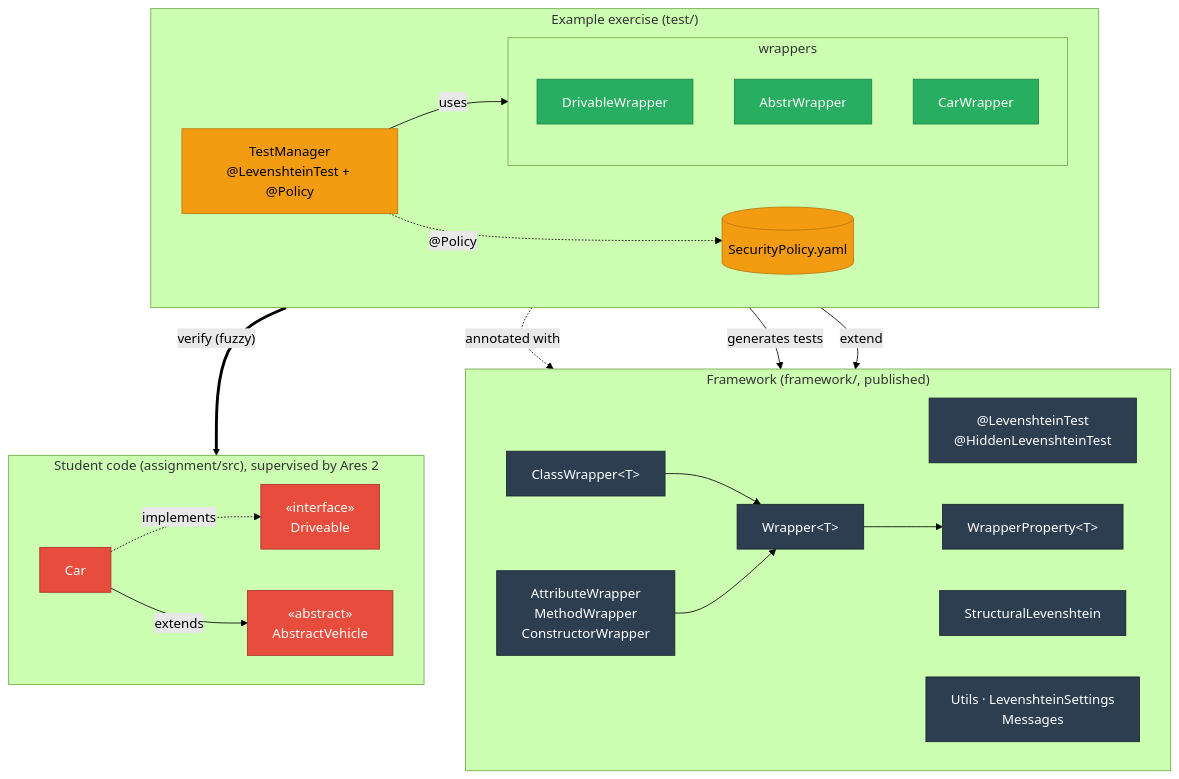
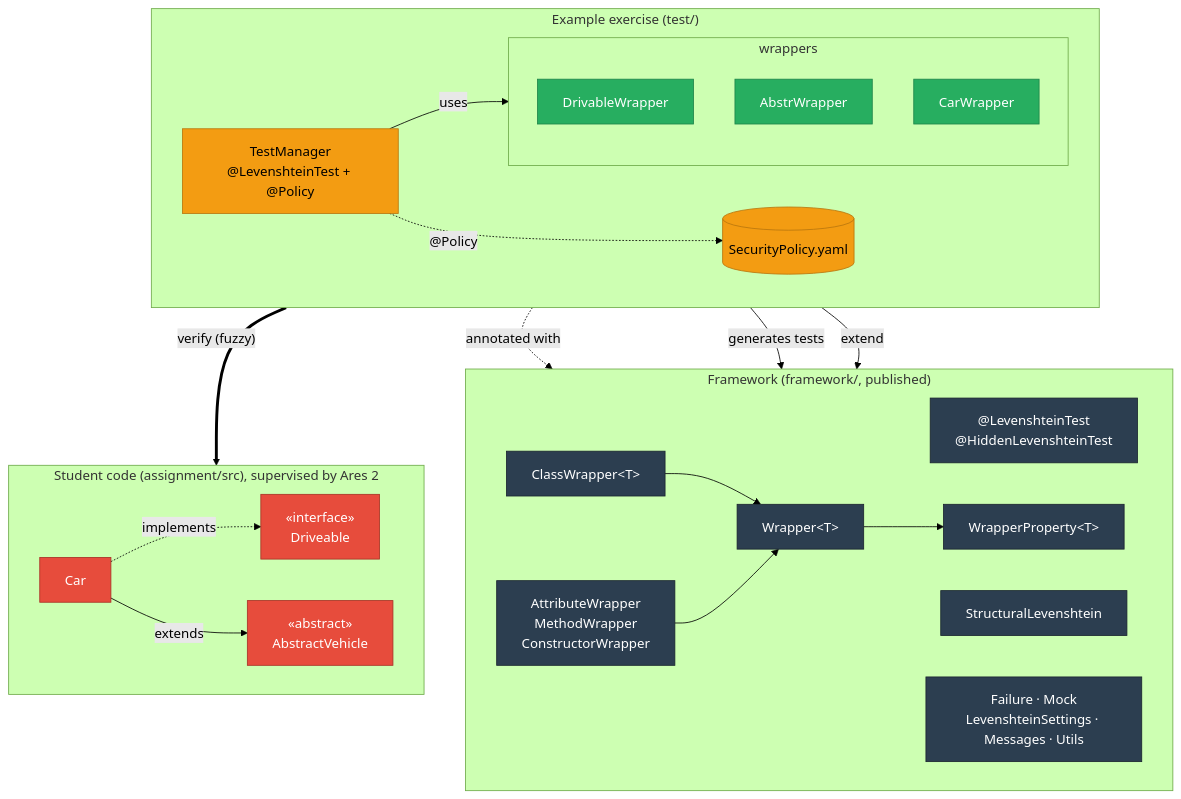
Before and after one commit to ValentinHerrmann/Levenshtein-Testing-Framework: the first of 6 diagrams in docs/architecture.md, drawn with Mermaid (forest theme). The commit also changed other lines of this file and 14 other files, not shown here.

````diff
--- a/docs/architecture.md
+++ b/docs/architecture.md
@@ -3,53 +10,53 @@
 ```mermaid
 flowchart TB
     subgraph EX["Example exercise (test/)"]
         direction LR
         TM["TestManager<br/>@LevenshteinTest + @Policy"]
         POL[("SecurityPolicy.yaml")]
         subgraph WR["wrappers"]
             direction TB
             DW[DrivableWrapper]
             AW[AbstrWrapper]
             CRW[CarWrapper]
         end
         TM -- uses --> WR
         TM -. "@Policy" .-> POL
     end
 
     subgraph FW["Framework (framework/, published)"]
         direction LR
         LT["@LevenshteinTest<br/>@HiddenLevenshteinTest"]
         SL[StructuralLevenshtein]
         CW["ClassWrapper&lt;T&gt;"]
         MW["AttributeWrapper<br/>MethodWrapper<br/>ConstructorWrapper"]
         W["Wrapper&lt;T&gt;"]
         WP["WrapperProperty&lt;T&gt;"]
-        U["Utils · LevenshteinSettings<br/>Messages"]
+        U["Failure · Mock<br/>LevenshteinSettings · Messages · Utils"]
         CW --> W
         MW --> W
         W --> WP
     end
 
     subgraph ST["Student code (assignment/src), supervised by Ares 2"]
         direction LR
         D["«interface»<br/>Driveable"]
         AV["«abstract»<br/>AbstractVehicle"]
         C[Car]
         C -- extends --> AV
         C -. implements .-> D
     end
 
     TM -. annotated with .-> LT
     TM -- generates tests --> SL
     WR -- extend --> CW
     WR == "verify (fuzzy)" ==> ST
 
     classDef fw fill:#2C3E50,stroke:#1a252f,color:#ffffff
     classDef ex fill:#27AE60,stroke:#1e8449,color:#ffffff
     classDef tests fill:#F39C12,stroke:#b9770e,color:#000000
     classDef student fill:#E74C3C,stroke:#a93226,color:#ffffff
     class LT,SL,W,CW,MW,WP,U fw
     class DW,AW,CRW ex
     class TM,POL tests
     class D,AV,C student
 ```
````
